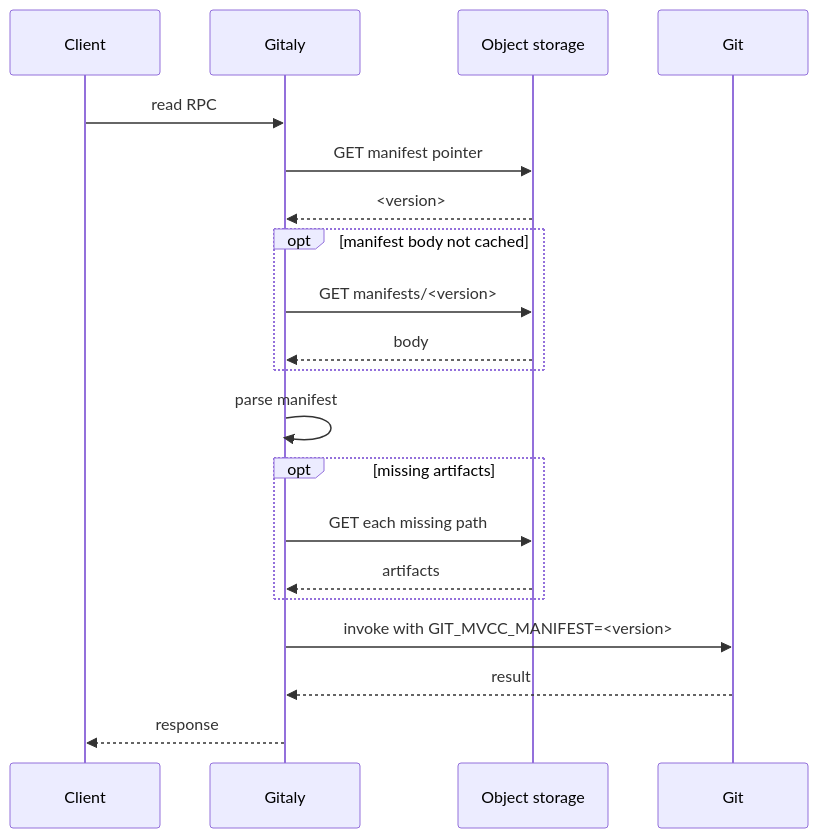
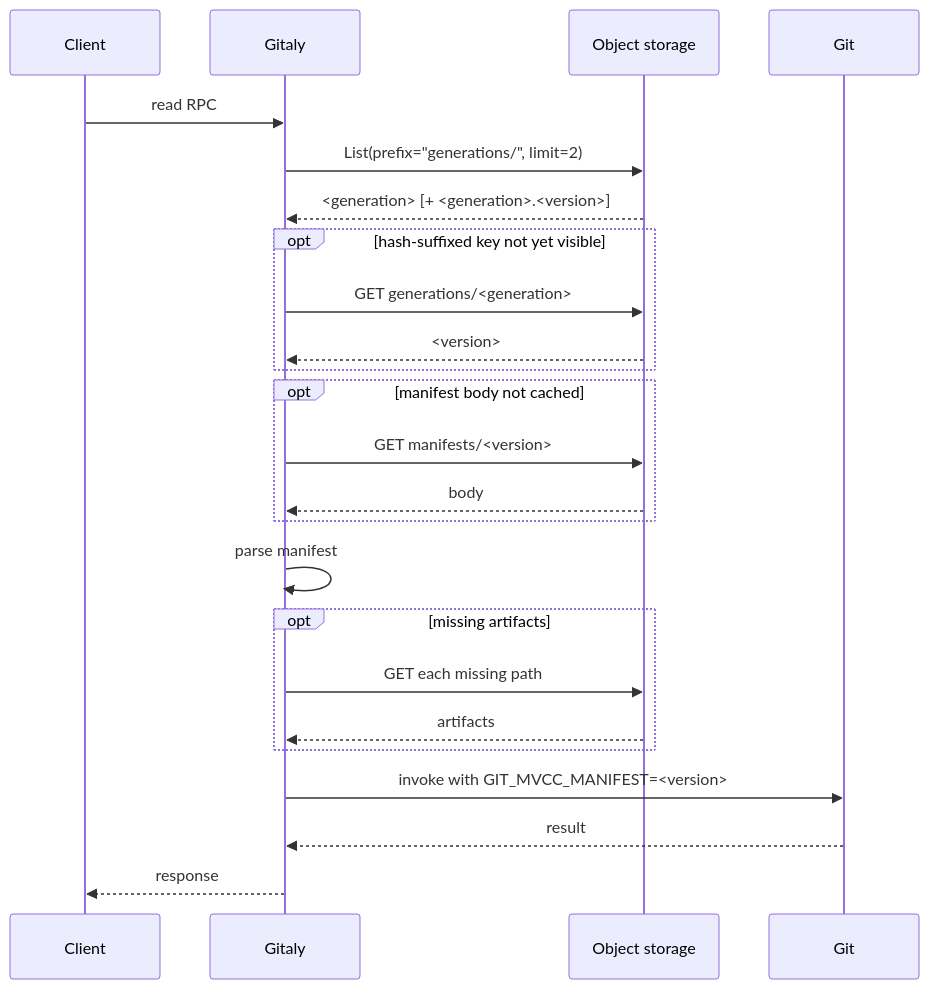
The second of 5 diagrams in content/handbook/engineering/architecture/design-documents/scaling-git/_index.md (kyama0/gitlab-handbook-ja), drawn with Mermaid before and after one commit. The commit also changed other lines of this file and 22 other files, not shown here.

````diff
--- a/content/handbook/engineering/architecture/design-documents/scaling-git/_index.md
+++ b/content/handbook/engineering/architecture/design-documents/scaling-git/_index.md
@@ -205,23 +228,27 @@
 ```mermaid
 sequenceDiagram
   participant C as Client
   participant G as Gitaly
   participant S as Object storage
   participant Git as Git
 
   C->>G: read RPC
-  G->>S: GET manifest pointer
-  S-->>G: <version>
+  G->>S: List(prefix="generations/", limit=2)
+  S-->>G: <generation> [+ <generation>.<version>]
+  opt hash-suffixed key not yet visible
+    G->>S: GET generations/<generation>
+    S-->>G: <version>
+  end
   opt manifest body not cached
     G->>S: GET manifests/<version>
     S-->>G: body
   end
   G->>G: parse manifest
   opt missing artifacts
     G->>S: GET each missing path
     S-->>G: artifacts
   end
   G->>Git: invoke with GIT_MVCC_MANIFEST=<version>
   Git-->>G: result
   G-->>C: response
 ```
````
